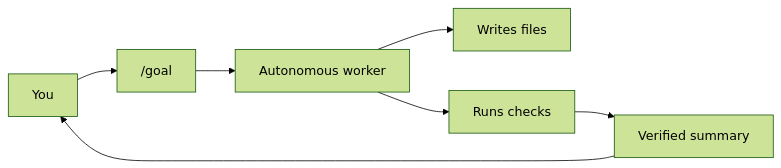
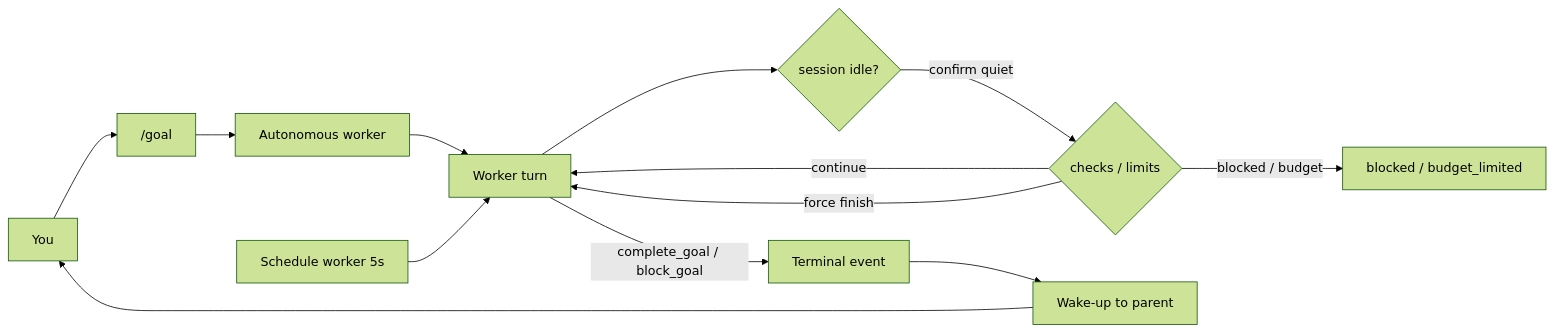
One commit to bojackduy/opencode-loopd changed the diagram in README.md. Above: the diagram before and after it, drawn with Mermaid (forest theme). The commit also changed 1 other file, not shown here.

Commit message:
docs: replace architecture ASCII with accurate Mermaid loop diagram

````diff
--- a/README.md
+++ b/README.md
@@ -58,9 +58,15 @@
 ```mermaid
 flowchart LR
   You --> Goal["/goal"]
   Goal --> Worker["Autonomous worker"]
-  Worker --> Files["Writes files"]
-  Worker --> Checks["Runs checks"]
-  Checks --> Done["Verified summary"]
-  Done --> You
+  Worker --> Turn["Worker turn"]
+  Turn --> Idle{"session idle?"}
+  Idle -->|confirm quiet| Policy{"checks / limits"}
+  Policy -->|continue| Turn
+  Policy -->|force finish| Turn
+  Policy -->|blocked / budget| Stop["blocked / budget_limited"]
+  Turn -->|complete_goal / block_goal| Done["Terminal event"]
+  Done --> Wake["Wake-up to parent"]
+  Wake --> You
+  Schedule["Schedule worker 5s"] --> Turn
 ```
````
